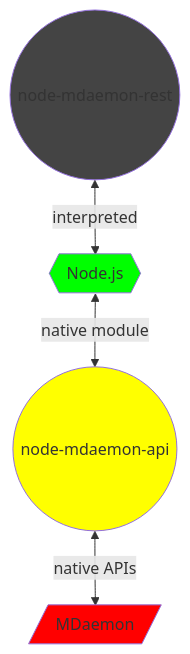
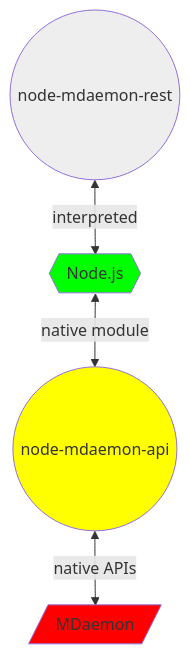
One commit to ealib/node-mdaemon-rest changed the diagram in README.md. Above: the diagram before and after it, drawn with Mermaid.

Commit message:
light background

````diff
--- a/README.md
+++ b/README.md
@@ -9,19 +9,19 @@
 ```mermaid
 ---
 title Architecture
 ---
 flowchart TD
     nmr((node-mdaemon-rest))
     node{{Node.js}}
     nma((node-mdaemon-api))
     md[/MDaemon/]
 
     nmr<-- interpreted -->node
     node<-- native module -->nma
     nma<-- native APIs -->md
 
-    style nmr fill:#444
+    style nmr fill:#eee
     style node fill:#0f0
     style nma fill:#ff0
     style md fill:#f00
 ```
````
